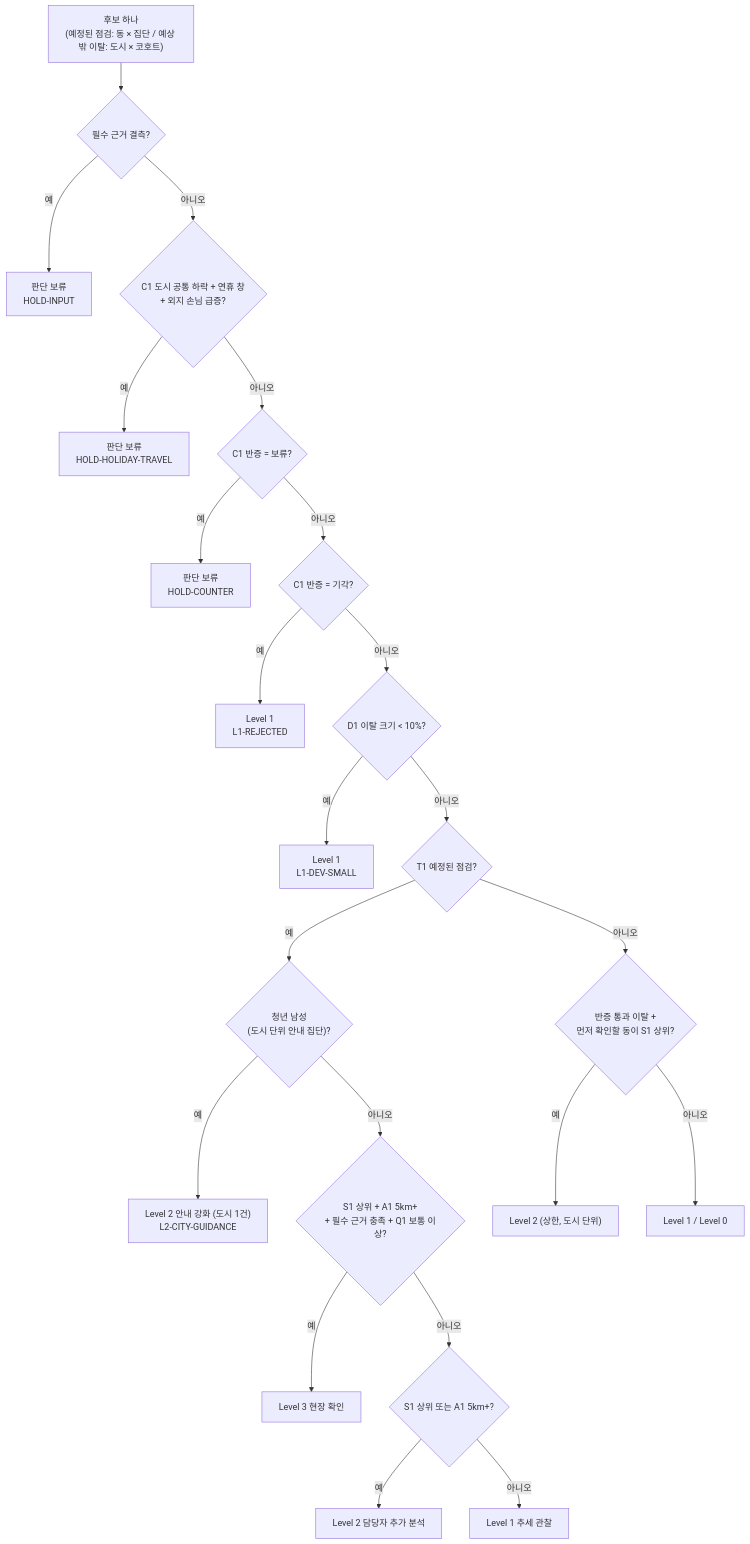
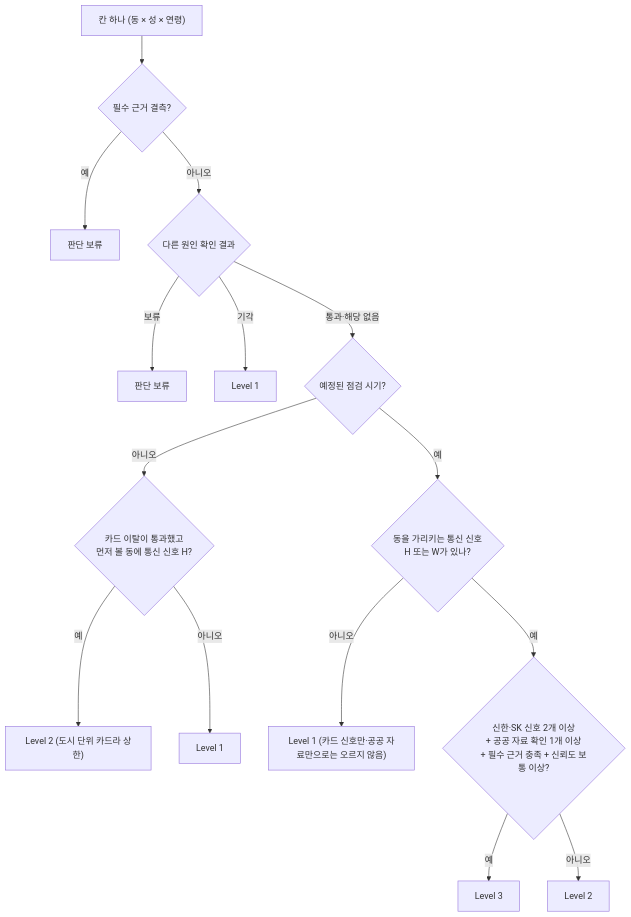
One commit to taeyeon715/BigDataContest_social-isolation-LINK-Radar changed the diagram in docs/위험_지표.md. Above: the diagram before and after it, drawn with Mermaid. The commit also changed other lines of this file and 8 other files, not shown here.

````diff
--- a/docs/위험_지표.md
+++ b/docs/위험_지표.md
@@ -116,24 +120,17 @@
 ```mermaid
 flowchart TD
-  IN["후보 하나<br/>(예정된 점검: 동 × 집단 / 예상 밖 이탈: 도시 × 코호트)"] --> H1{"필수 근거 결측?"}
-  H1 -- 예 --> HOLD1["판단 보류<br/>HOLD-INPUT"]
-  H1 -- 아니오 --> HT{"C1 도시 공통 하락 + 연휴 창<br/>+ 외지 손님 급증?"}
-  HT -- 예 --> HOLDT["판단 보류<br/>HOLD-HOLIDAY-TRAVEL"]
-  HT -- 아니오 --> H2{"C1 반증 = 보류?"}
-  H2 -- 예 --> HOLD2["판단 보류<br/>HOLD-COUNTER"]
-  H2 -- 아니오 --> R1{"C1 반증 = 기각?"}
-  R1 -- 예 --> L1R["Level 1<br/>L1-REJECTED"]
-  R1 -- 아니오 --> R2{"D1 이탈 크기 < 10%?"}
-  R2 -- 예 --> L1S["Level 1<br/>L1-DEV-SMALL"]
-  R2 -- 아니오 --> T{"T1 예정된 점검?"}
-  T -- 예 --> CG{"청년 남성<br/>(도시 단위 안내 집단)?"}
-  CG -- 예 --> LCG["Level 2 안내 강화 (도시 1건)<br/>L2-CITY-GUIDANCE"]
-  CG -- 아니오 --> L3{"S1 상위 + A1 5km+<br/>+ 필수 근거 충족 + Q1 보통 이상?"}
-  L3 -- 예 --> LV3["Level 3 현장 확인"]
-  L3 -- 아니오 --> L2{"S1 상위 또는 A1 5km+?"}
-  L2 -- 예 --> LV2["Level 2 담당자 추가 분석"]
-  L2 -- 아니오 --> L1T["Level 1 추세 관찰"]
-  T -- 아니오 --> DV{"반증 통과 이탈 +<br/>먼저 확인할 동이 S1 상위?"}
-  DV -- 예 --> LV2D["Level 2 (상한, 도시 단위)"]
-  DV -- 아니오 --> L0["Level 1 / Level 0"]
+  IN["칸 하나 (동 × 성 × 연령)"] --> H1{"필수 근거 결측?"}
+  H1 -- 예 --> HOLD1["판단 보류"]
+  H1 -- 아니오 --> C{"다른 원인 확인 결과"}
+  C -- 보류 --> HOLD2["판단 보류"]
+  C -- 기각 --> L1R["Level 1"]
+  C -- 통과·해당 없음 --> T{"예정된 점검 시기?"}
+  T -- 아니오 --> DV{"카드 이탈이 통과했고<br/>먼저 볼 동에 통신 신호 H?"}
+  DV -- 예 --> LV2D["Level 2 (도시 단위 카드라 상한)"]
+  DV -- 아니오 --> L1D["Level 1"]
+  T -- 예 --> G{"동을 가리키는 통신 신호<br/>H 또는 W가 있나?"}
+  G -- 아니오 --> L1T["Level 1 (카드 신호만·공공 자료만으로는 오르지 않음)"]
+  G -- 예 --> L3{"신한·SK 신호 2개 이상<br/>+ 공공 자료 확인 1개 이상<br/>+ 필수 근거 충족 + 신뢰도 보통 이상?"}
+  L3 -- 예 --> LV3["Level 3"]
+  L3 -- 아니오 --> LV2["Level 2"]
 ```
````
